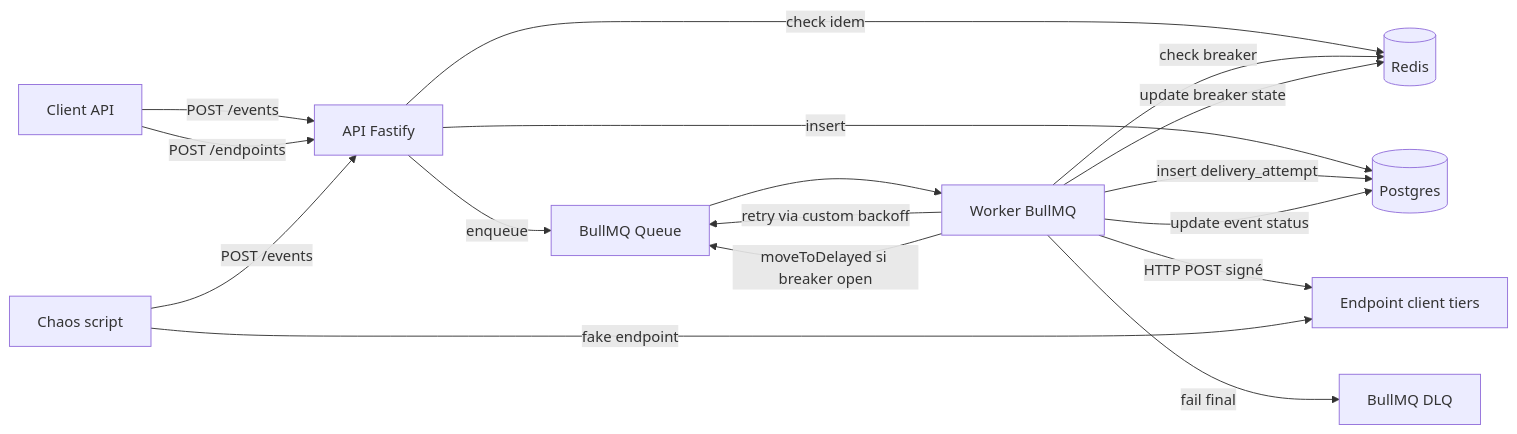
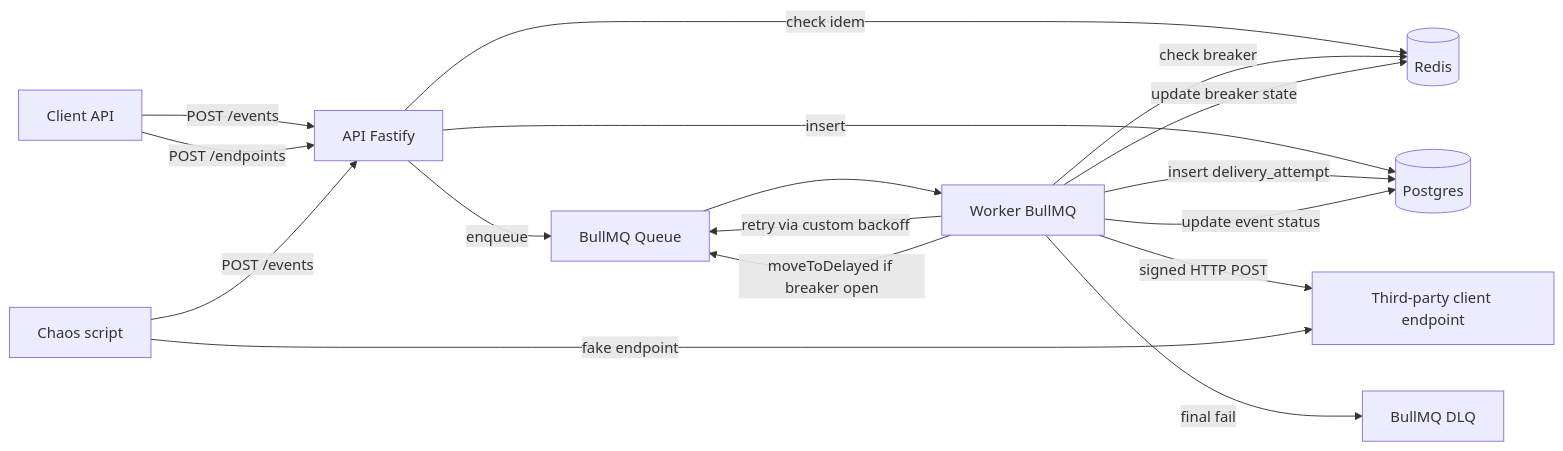
One commit to KevinLmn/webhook-delivery-service changed the diagram in docs/superpowers/specs/2026-05-09-webhook-delivery-hot-path-design.md. Above: the diagram before and after it, drawn with Mermaid. The commit also changed other lines of this file and 49 other files, not shown here.

````diff
--- a/docs/superpowers/specs/2026-05-09-webhook-delivery-hot-path-design.md
+++ b/docs/superpowers/specs/2026-05-09-webhook-delivery-hot-path-design.md
@@ -42,19 +42,19 @@
 ```mermaid
 flowchart LR
   Client[Client API] -->|POST /events| API[API Fastify]
   Client -->|POST /endpoints| API
   API -->|check idem| R[(Redis)]
   API -->|insert| DB[(Postgres)]
   API -->|enqueue| Q[BullMQ Queue]
   Q --> W[Worker BullMQ]
   W -->|check breaker| R
-  W -->|HTTP POST signé| EP[Endpoint client tiers]
+  W -->|signed HTTP POST| EP[Third-party client endpoint]
   W -->|insert delivery_attempt| DB
   W -->|update event status| DB
   W -->|update breaker state| R
   W -->|retry via custom backoff| Q
-  W -->|moveToDelayed si breaker open| Q
-  W -->|fail final| DLQ[BullMQ DLQ]
+  W -->|moveToDelayed if breaker open| Q
+  W -->|final fail| DLQ[BullMQ DLQ]
   CHAOS[Chaos script] -->|POST /events| API
   CHAOS -->|fake endpoint| EP
 ```
````
